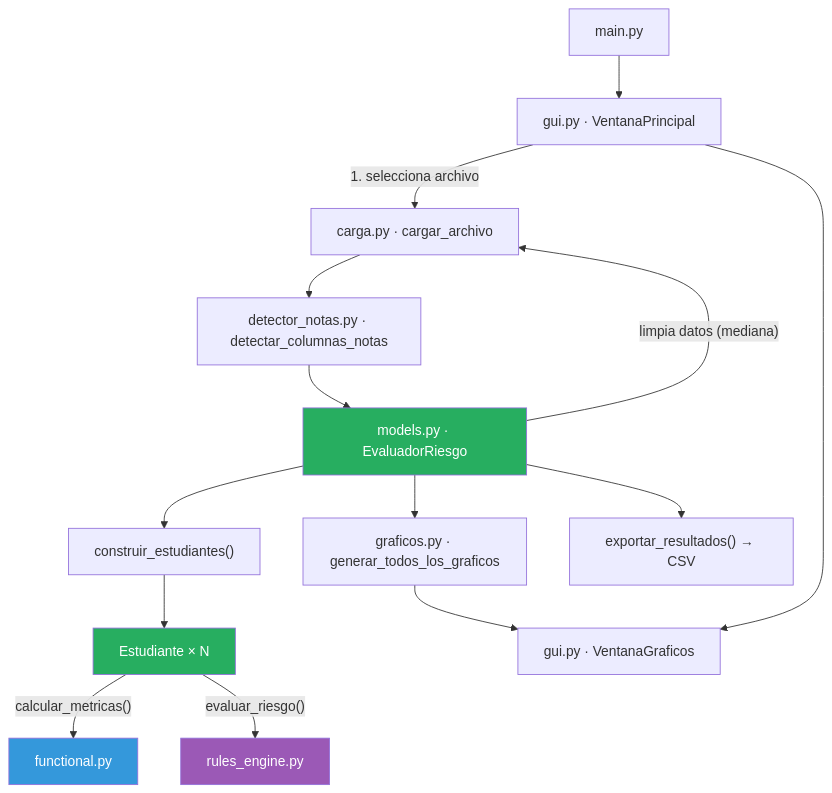
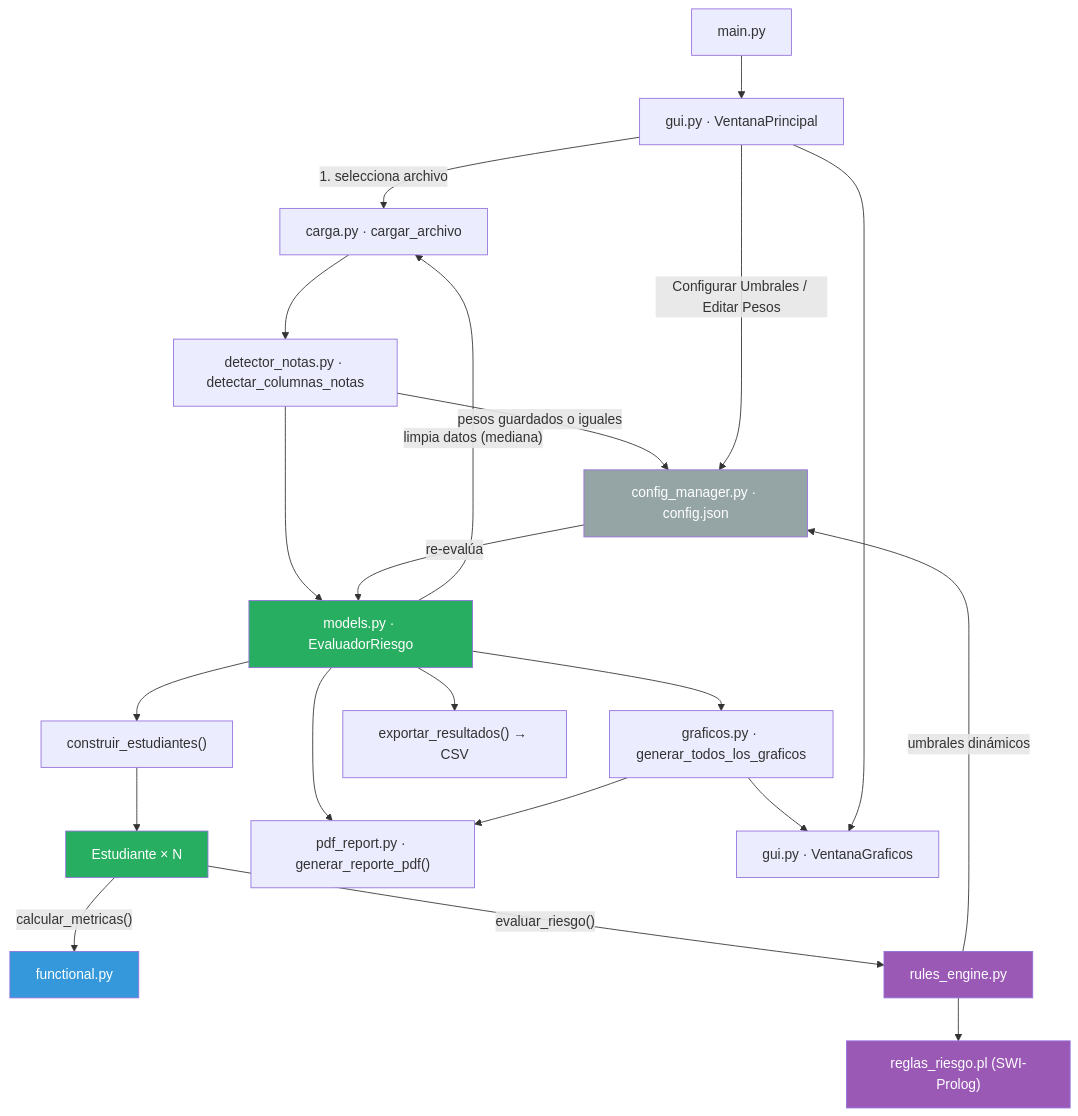
Before and after one commit to Andres-leon-fernandez/analisis-de-rendimiento-estudiantil: the first of 3 diagrams in src/docs/DOCUMENTACION.md, drawn with Mermaid. The commit also changed other lines of this file and 8 other files, not shown here.

````diff
--- a/src/docs/DOCUMENTACION.md
+++ b/src/docs/DOCUMENTACION.md
@@ -67,21 +73,30 @@
 ```mermaid
 flowchart TD
     A["main.py"] --> B["gui.py · VentanaPrincipal"]
     B -->|"1. selecciona archivo"| C["carga.py · cargar_archivo"]
     C --> D["detector_notas.py · detectar_columnas_notas"]
+    D -->|"pesos guardados o iguales"| CFG["config_manager.py · config.json"]
     D --> E["models.py · EvaluadorRiesgo"]
     E -->|"limpia datos (mediana)"| C
     E --> F["construir_estudiantes()"]
     F --> G["Estudiante × N"]
     G -->|"calcular_metricas()"| H["functional.py"]
     G -->|"evaluar_riesgo()"| I["rules_engine.py"]
+    I -->|"umbrales dinámicos"| CFG
+    I --> PL["reglas_riesgo.pl (SWI-Prolog)"]
     E --> J["graficos.py · generar_todos_los_graficos"]
     E --> K["exportar_resultados() → CSV"]
+    E --> PDF["pdf_report.py · generar_reporte_pdf()"]
+    J --> PDF
     J --> L["gui.py · VentanaGraficos"]
     B --> L
+    B -->|"Configurar Umbrales / Editar Pesos"| CFG
+    CFG -->|"re-evalúa"| E
 
     style H fill:#3498db,color:#fff
     style I fill:#9b59b6,color:#fff
+    style PL fill:#9b59b6,color:#fff
     style G fill:#27ae60,color:#fff
     style E fill:#27ae60,color:#fff
+    style CFG fill:#95a5a6,color:#fff
 ```
````
